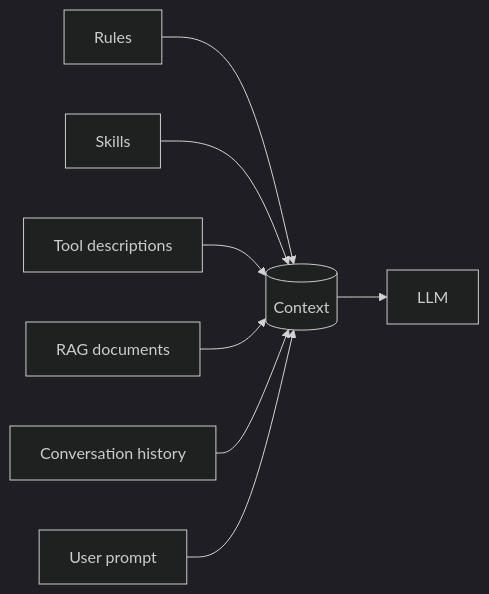
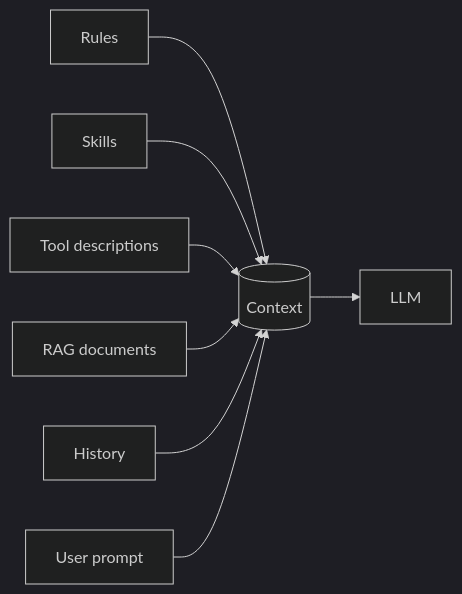
Before and after one commit to ilsasdo/its-all-about-prompting: the sixth of 7 diagrams in PRESENTATION.md, drawn with Mermaid (dark theme). The commit also changed other lines of this file and 3 other files, not shown here.

Commit message:
Convert presentation to Marp slides with mermaid support

````diff
--- a/PRESENTATION.md
+++ b/PRESENTATION.md
@@ -179,10 +264,10 @@
 ```mermaid
 flowchart LR
     R[Rules] --> P
     S[Skills] --> P
     T[Tool descriptions] --> P
     G[RAG documents] --> P
-    H[Conversation history] --> P
+    H[History] --> P
     U[User prompt] --> P
     P[(Context)] --> L[LLM]
 ```
````
